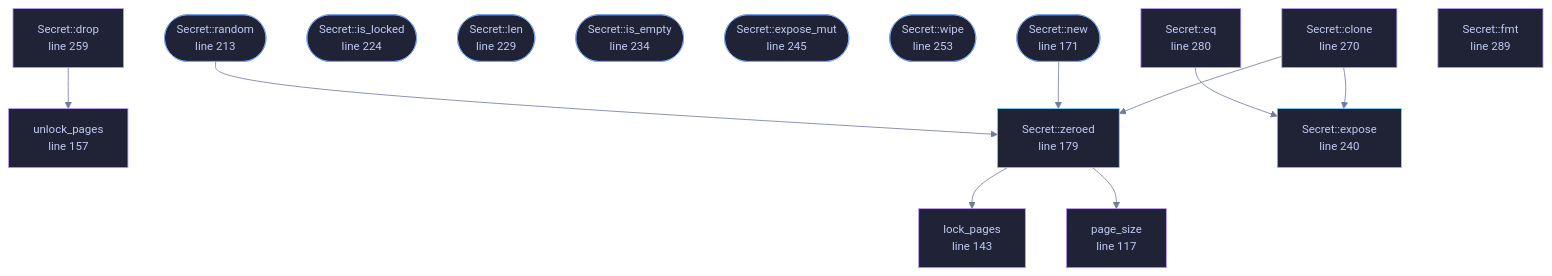
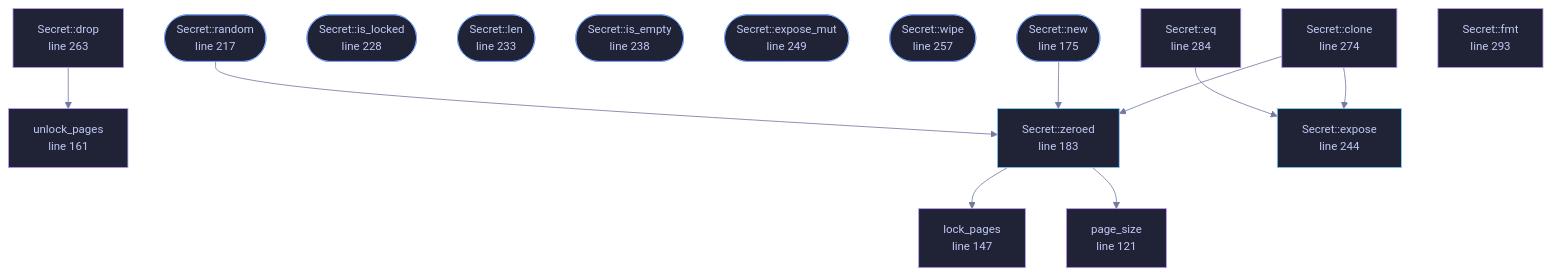
The diagram in docs/files/veilvoice-crypto/amnesia.md (tilas01/veilvoice), drawn with Mermaid before and after one commit. The commit also changed other lines of this file and 130 other files, not shown here.

````diff
--- a/docs/files/veilvoice-crypto/amnesia.md
+++ b/docs/files/veilvoice-crypto/amnesia.md
@@ -145,52 +145,52 @@
 ```mermaid
 %%{init: {"theme":"base","themeVariables":{"background":"#1a1b26","primaryColor":"#1f2335","primaryTextColor":"#c0caf5","primaryBorderColor":"#7aa2f7","secondaryColor":"#16161e","tertiaryColor":"#16161e","lineColor":"#737aa2","textColor":"#c0caf5","mainBkg":"#1f2335","nodeBorder":"#7aa2f7","clusterBkg":"#16161e","clusterBorder":"#2f3549","fontFamily":"ui-monospace, SFMono-Regular, Consolas, monospace","fontSize":"14px"}}}%%
 flowchart TD
     n_page_size["page_size<br/>line 112"]
-    n_page_size["page_size<br/>line 117"]
-    n_lock_pages["lock_pages<br/>line 143"]
-    n_unlock_pages["unlock_pages<br/>line 157"]
-    n_new(["Secret::new<br/>line 171"])
-    n_zeroed["Secret::zeroed<br/>line 179"]
-    n_random(["Secret::random<br/>line 213"])
-    n_is_locked(["Secret::is_locked<br/>line 224"])
-    n_len(["Secret::len<br/>line 229"])
-    n_is_empty(["Secret::is_empty<br/>line 234"])
-    n_expose["Secret::expose<br/>line 240"]
-    n_expose_mut(["Secret::expose_mut<br/>line 245"])
-    n_wipe(["Secret::wipe<br/>line 253"])
-    n_drop["Secret::drop<br/>line 259"]
-    n_clone["Secret::clone<br/>line 270"]
-    n_eq["Secret::eq<br/>line 280"]
-    n_fmt["Secret::fmt<br/>line 289"]
+    n_page_size["page_size<br/>line 121"]
+    n_lock_pages["lock_pages<br/>line 147"]
+    n_unlock_pages["unlock_pages<br/>line 161"]
+    n_new(["Secret::new<br/>line 175"])
+    n_zeroed["Secret::zeroed<br/>line 183"]
+    n_random(["Secret::random<br/>line 217"])
+    n_is_locked(["Secret::is_locked<br/>line 228"])
+    n_len(["Secret::len<br/>line 233"])
+    n_is_empty(["Secret::is_empty<br/>line 238"])
+    n_expose["Secret::expose<br/>line 244"]
+    n_expose_mut(["Secret::expose_mut<br/>line 249"])
+    n_wipe(["Secret::wipe<br/>line 257"])
+    n_drop["Secret::drop<br/>line 263"]
+    n_clone["Secret::clone<br/>line 274"]
+    n_eq["Secret::eq<br/>line 284"]
+    n_fmt["Secret::fmt<br/>line 293"]
     n_clone --> n_expose
     n_clone --> n_zeroed
     n_drop --> n_unlock_pages
     n_eq --> n_expose
     n_new --> n_zeroed
     n_random --> n_zeroed
     n_zeroed --> n_lock_pages
     n_zeroed --> n_page_size
     click n_page_size href "https://github.com/tilas01/veilvoice/blob/main/crates/veilvoice-crypto/src/amnesia.rs#L112" "open the source"
-    click n_page_size href "https://github.com/tilas01/veilvoice/blob/main/crates/veilvoice-crypto/src/amnesia.rs#L117" "open the source"
-    click n_lock_pages href "https://github.com/tilas01/veilvoice/blob/main/crates/veilvoice-crypto/src/amnesia.rs#L143" "open the source"
-    click n_unlock_pages href "https://github.com/tilas01/veilvoice/blob/main/crates/veilvoice-crypto/src/amnesia.rs#L157" "open the source"
-    click n_new href "https://github.com/tilas01/veilvoice/blob/main/crates/veilvoice-crypto/src/amnesia.rs#L171" "open the source"
-    click n_zeroed href "https://github.com/tilas01/veilvoice/blob/main/crates/veilvoice-crypto/src/amnesia.rs#L179" "open the source"
-    click n_random href "https://github.com/tilas01/veilvoice/blob/main/crates/veilvoice-crypto/src/amnesia.rs#L213" "open the source"
-    click n_is_locked href "https://github.com/tilas01/veilvoice/blob/main/crates/veilvoice-crypto/src/amnesia.rs#L224" "open the source"
-    click n_len href "https://github.com/tilas01/veilvoice/blob/main/crates/veilvoice-crypto/src/amnesia.rs#L229" "open the source"
-    click n_is_empty href "https://github.com/tilas01/veilvoice/blob/main/crates/veilvoice-crypto/src/amnesia.rs#L234" "open the source"
-    click n_expose href "https://github.com/tilas01/veilvoice/blob/main/crates/veilvoice-crypto/src/amnesia.rs#L240" "open the source"
-    click n_expose_mut href "https://github.com/tilas01/veilvoice/blob/main/crates/veilvoice-crypto/src/amnesia.rs#L245" "open the source"
-    click n_wipe href "https://github.com/tilas01/veilvoice/blob/main/crates/veilvoice-crypto/src/amnesia.rs#L253" "open the source"
-    click n_drop href "https://github.com/tilas01/veilvoice/blob/main/crates/veilvoice-crypto/src/amnesia.rs#L259" "open the source"
-    click n_clone href "https://github.com/tilas01/veilvoice/blob/main/crates/veilvoice-crypto/src/amnesia.rs#L270" "open the source"
-    click n_eq href "https://github.com/tilas01/veilvoice/blob/main/crates/veilvoice-crypto/src/amnesia.rs#L280" "open the source"
-    click n_fmt href "https://github.com/tilas01/veilvoice/blob/main/crates/veilvoice-crypto/src/amnesia.rs#L289" "open the source"
+    click n_page_size href "https://github.com/tilas01/veilvoice/blob/main/crates/veilvoice-crypto/src/amnesia.rs#L121" "open the source"
+    click n_lock_pages href "https://github.com/tilas01/veilvoice/blob/main/crates/veilvoice-crypto/src/amnesia.rs#L147" "open the source"
+    click n_unlock_pages href "https://github.com/tilas01/veilvoice/blob/main/crates/veilvoice-crypto/src/amnesia.rs#L161" "open the source"
+    click n_new href "https://github.com/tilas01/veilvoice/blob/main/crates/veilvoice-crypto/src/amnesia.rs#L175" "open the source"
+    click n_zeroed href "https://github.com/tilas01/veilvoice/blob/main/crates/veilvoice-crypto/src/amnesia.rs#L183" "open the source"
+    click n_random href "https://github.com/tilas01/veilvoice/blob/main/crates/veilvoice-crypto/src/amnesia.rs#L217" "open the source"
+    click n_is_locked href "https://github.com/tilas01/veilvoice/blob/main/crates/veilvoice-crypto/src/amnesia.rs#L228" "open the source"
+    click n_len href "https://github.com/tilas01/veilvoice/blob/main/crates/veilvoice-crypto/src/amnesia.rs#L233" "open the source"
+    click n_is_empty href "https://github.com/tilas01/veilvoice/blob/main/crates/veilvoice-crypto/src/amnesia.rs#L238" "open the source"
+    click n_expose href "https://github.com/tilas01/veilvoice/blob/main/crates/veilvoice-crypto/src/amnesia.rs#L244" "open the source"
+    click n_expose_mut href "https://github.com/tilas01/veilvoice/blob/main/crates/veilvoice-crypto/src/amnesia.rs#L249" "open the source"
+    click n_wipe href "https://github.com/tilas01/veilvoice/blob/main/crates/veilvoice-crypto/src/amnesia.rs#L257" "open the source"
+    click n_drop href "https://github.com/tilas01/veilvoice/blob/main/crates/veilvoice-crypto/src/amnesia.rs#L263" "open the source"
+    click n_clone href "https://github.com/tilas01/veilvoice/blob/main/crates/veilvoice-crypto/src/amnesia.rs#L274" "open the source"
+    click n_eq href "https://github.com/tilas01/veilvoice/blob/main/crates/veilvoice-crypto/src/amnesia.rs#L284" "open the source"
+    click n_fmt href "https://github.com/tilas01/veilvoice/blob/main/crates/veilvoice-crypto/src/amnesia.rs#L293" "open the source"
     classDef entry fill:#1f2335,stroke:#7aa2f7,color:#c0caf5
     class n_new,n_random,n_is_locked,n_len,n_is_empty,n_expose_mut,n_wipe entry
     classDef api fill:#1f2335,stroke:#7dcfff,color:#c0caf5
     class n_zeroed,n_expose api
     classDef helper fill:#1f2335,stroke:#bb9af7,color:#c0caf5
     class n_page_size,n_page_size,n_lock_pages,n_unlock_pages,n_drop,n_clone,n_eq,n_fmt helper
 ```
````
